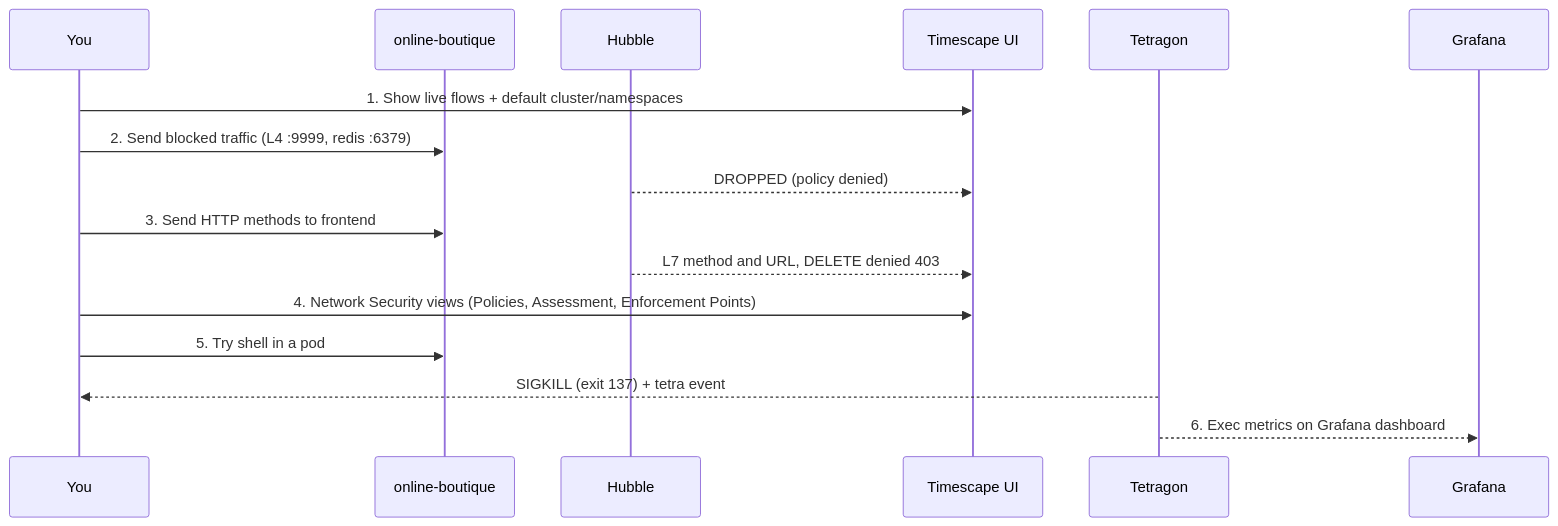
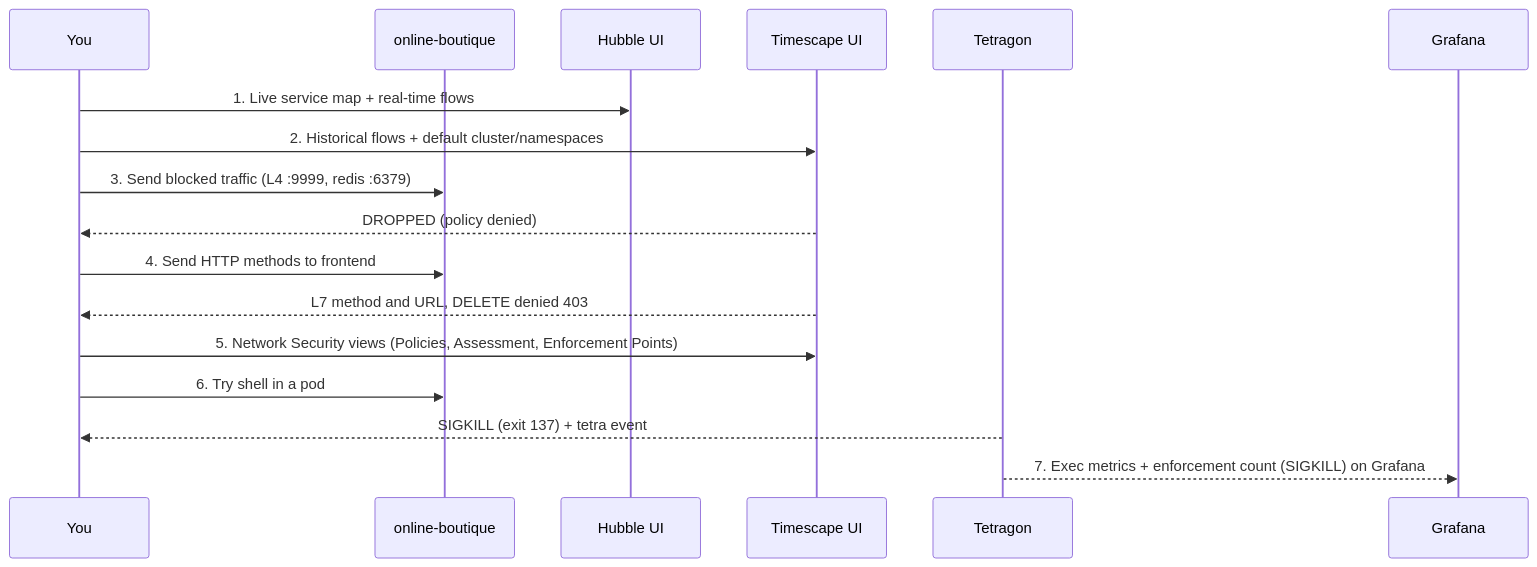
Before and after one commit to thiachan/isovalent-enterprise-ubuntu: the second of 2 diagrams in DEMO.md, drawn with Mermaid. The commit also changed other lines of this file and 5 other files, not shown here.

Commit message:
docs: add Hubble UI (30012) + Grafana enforcement panels, 1h run sheet; redact creds

````diff
--- a/DEMO.md
+++ b/DEMO.md
@@ -86,19 +162,20 @@
 ```mermaid
 sequenceDiagram
   participant You
   participant App as online-boutique
-  participant Hubble
+  participant HU as Hubble UI
   participant TS as Timescape UI
   participant TG as Tetragon
   participant GF as Grafana
 
-  You->>TS: 1. Show live flows + default cluster/namespaces
-  You->>App: 2. Send blocked traffic (L4 :9999, redis :6379)
-  Hubble-->>TS: DROPPED (policy denied)
-  You->>App: 3. Send HTTP methods to frontend
-  Hubble-->>TS: L7 method and URL, DELETE denied 403
-  You->>TS: 4. Network Security views (Policies, Assessment, Enforcement Points)
-  You->>App: 5. Try shell in a pod
+  You->>HU: 1. Live service map + real-time flows
+  You->>TS: 2. Historical flows + default cluster/namespaces
+  You->>App: 3. Send blocked traffic (L4 :9999, redis :6379)
+  TS-->>You: DROPPED (policy denied)
+  You->>App: 4. Send HTTP methods to frontend
+  TS-->>You: L7 method and URL, DELETE denied 403
+  You->>TS: 5. Network Security views (Policies, Assessment, Enforcement Points)
+  You->>App: 6. Try shell in a pod
   TG-->>You: SIGKILL (exit 137) + tetra event
-  TG-->>GF: 6. Exec metrics on Grafana dashboard
+  TG-->>GF: 7. Exec metrics + enforcement count (SIGKILL) on Grafana
 ```
````
